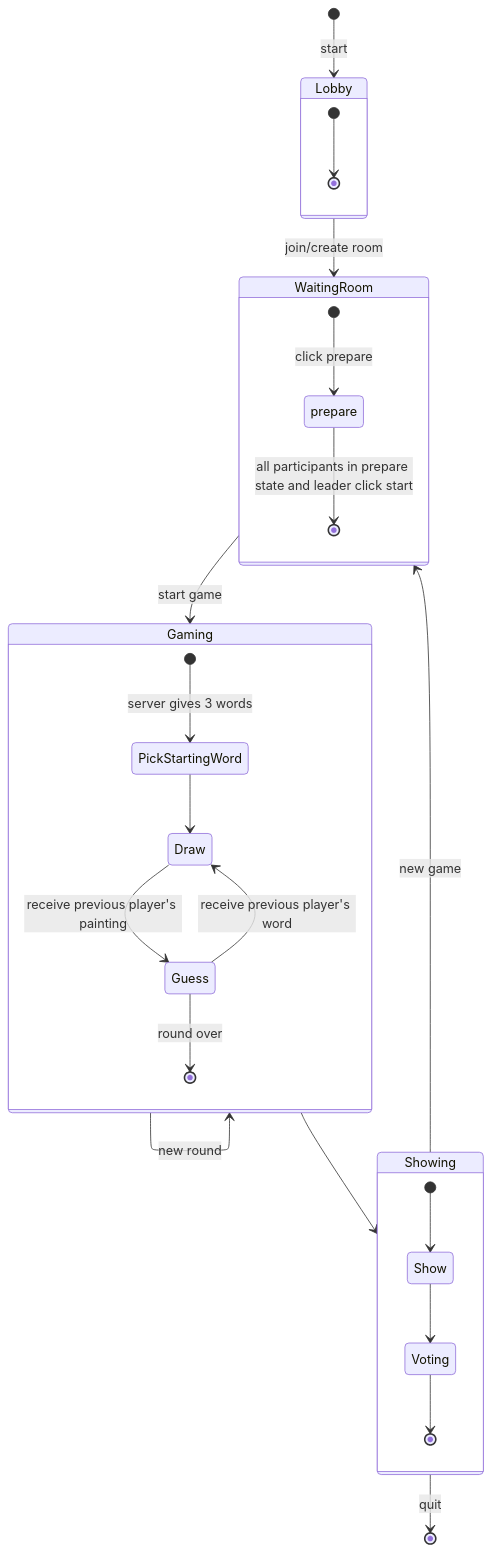
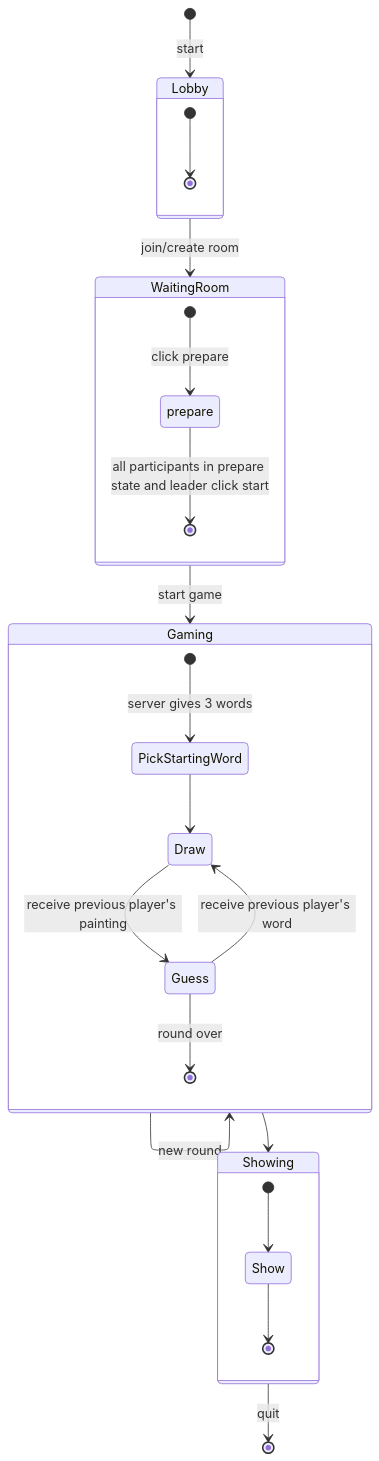
One commit to zzhcai/DrawandGuess changed the first of 4 diagrams in docs/statemachine.md. Above: the diagram before and after it, drawn with Mermaid. The commit also changed other lines of this file, not shown here.

Commit message:
Update satemachine

````diff
--- a/docs/statemachine.md
+++ b/docs/statemachine.md
@@ -1,34 +1,32 @@
 ```mermaid
 stateDiagram-v2 
 	[*] --> Lobby: start
 	Lobby --> WaitingRoom: join/create room
 	
 	state Lobby {
 		[*] --> [*]
 	}
 	
 	state WaitingRoom {
 		[*] --> prepare: click prepare
 		prepare --> [*]: all participants in prepare state and leader click start
 	}
 	
 	state Gaming {
 		[*] --> PickStartingWord: server gives 3 words
 		PickStartingWord --> Draw
 		Draw --> Guess: receive previous player's painting
 		Guess --> Draw: receive previous player's word
 		Guess -->[*]: round over
 	}
 	
 	state Showing {
 		[*] --> Show
-		Show --> Voting
-		Voting --> [*]
+		Show --> [*]
 	}
 	
 	WaitingRoom --> Gaming: start game
 	Gaming --> Gaming: new round
 	Gaming --> Showing
-	Showing --> WaitingRoom: new game
 	Showing --> [*]: quit
 ```
````
